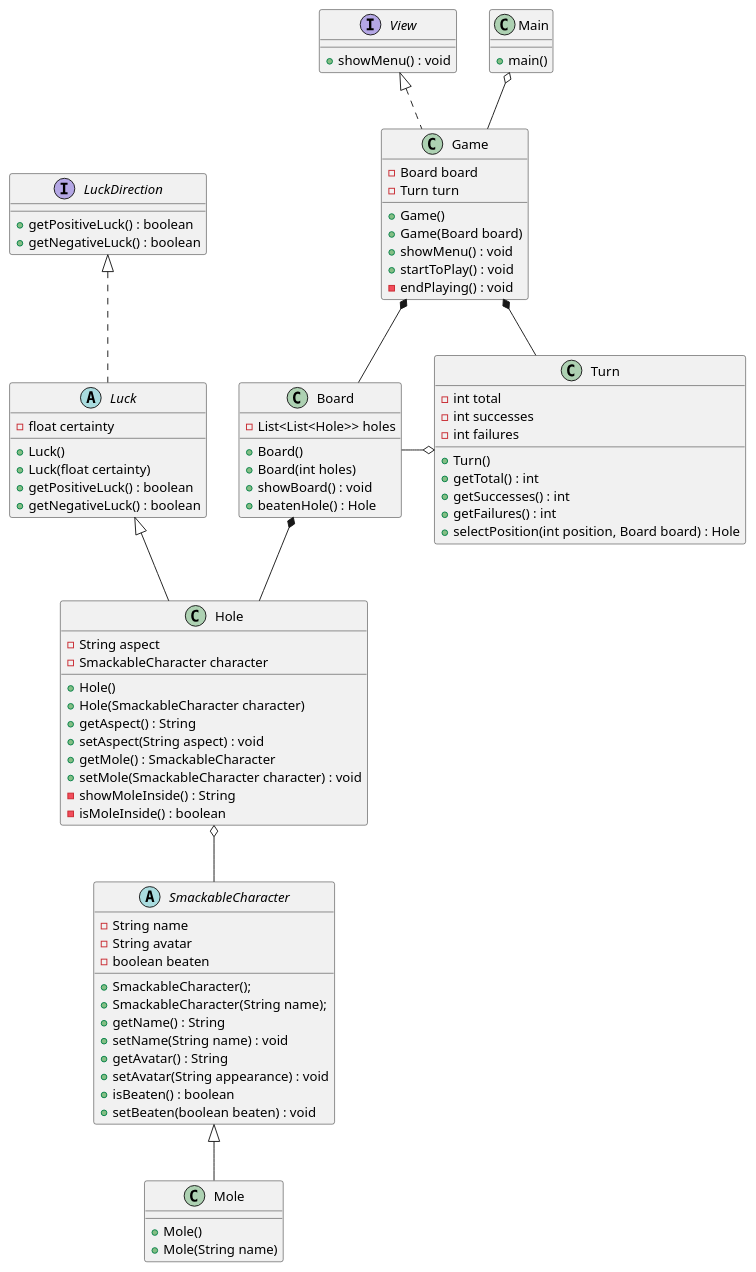
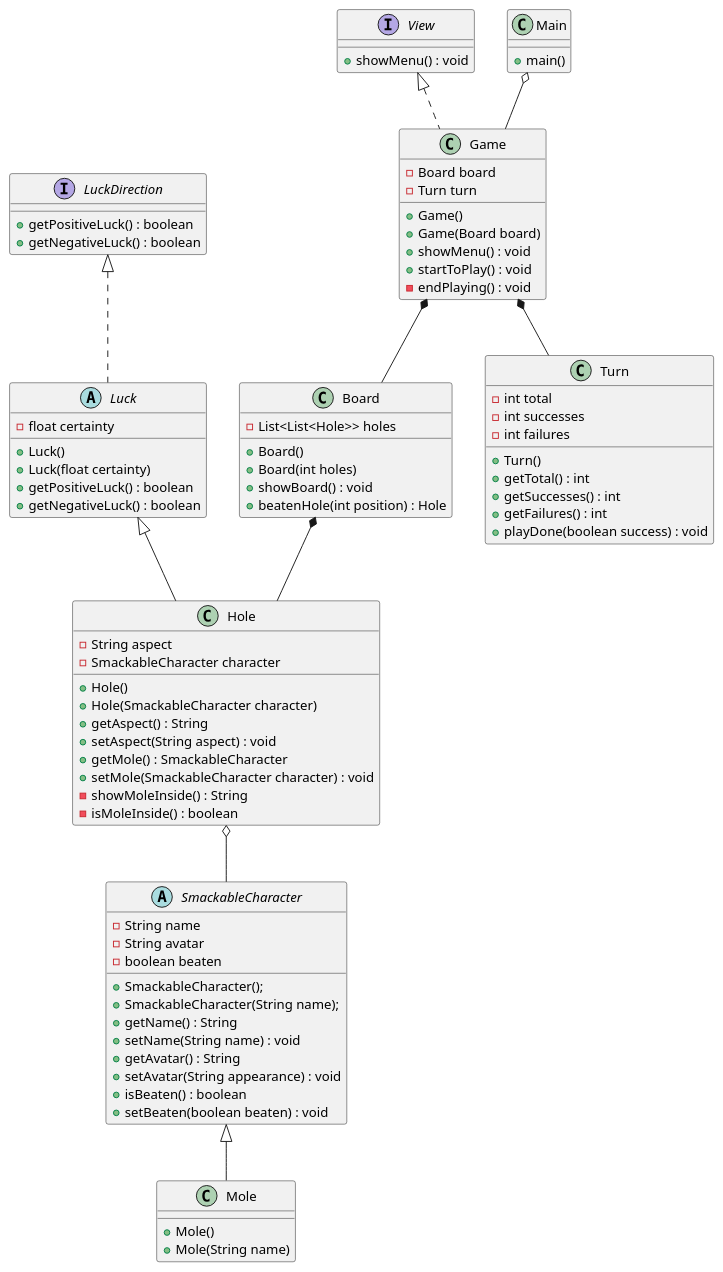
One commit to eabol/awesome-projects-prograii changed the diagram in docs/whackAMole.puml. Above: the diagram before and after it, drawn with PlantUML.

Commit message:
docs: Refactoring Turn class

```diff
--- a/docs/whackAMole.puml
+++ b/docs/whackAMole.puml
@@ -1,90 +1,89 @@
 @startuml
 
 interface LuckDirection{
   + getPositiveLuck() : boolean
   + getNegativeLuck() : boolean
 }
 
 interface View{
     + showMenu() : void
 }
 
 abstract class Luck implements LuckDirection{
     - float certainty
     + Luck()
     + Luck(float certainty)
     + getPositiveLuck() : boolean
     + getNegativeLuck() : boolean
 }
 
 abstract class SmackableCharacter{
     - String name
     - String avatar
     - boolean beaten
     + SmackableCharacter();
     + SmackableCharacter(String name);
     + getName() : String
     + setName(String name) : void
     + getAvatar() : String
     + setAvatar(String appearance) : void
     + isBeaten() : boolean
     + setBeaten(boolean beaten) : void
 }
 
 class Mole extends SmackableCharacter{
  + Mole()
  + Mole(String name)
 }
 
 class Board {
   - List<List<Hole>> holes
   + Board()
   + Board(int holes)
   + showBoard() : void
-  + beatenHole() : Hole
+  + beatenHole(int position) : Hole
 }
 class Hole extends Luck{
   - String aspect
   - SmackableCharacter character
   + Hole()
   + Hole(SmackableCharacter character)
   + getAspect() : String
   + setAspect(String aspect) : void
   + getMole() : SmackableCharacter
   + setMole(SmackableCharacter character) : void
   - showMoleInside() : String
   - isMoleInside() : boolean
 }
 class Game implements View {
   - Board board
   - Turn turn
   + Game()
   + Game(Board board)
   + showMenu() : void
   + startToPlay() : void
   - endPlaying() : void
 }
 
 class Turn {
     - int total
     - int successes
     - int failures
     + Turn()
     + getTotal() : int
     + getSuccesses() : int
     + getFailures() : int
-    + selectPosition(int position, Board board) : Hole
+    + playDone(boolean success) : void
 
 }
 
 class Main{
   + main()
 }
 
 Hole o-- SmackableCharacter
 Board *-- Hole
-Turn o-l- Board
 Game *-- Board
 Game *-- Turn
 Main o-- Game
 @enduml
```
